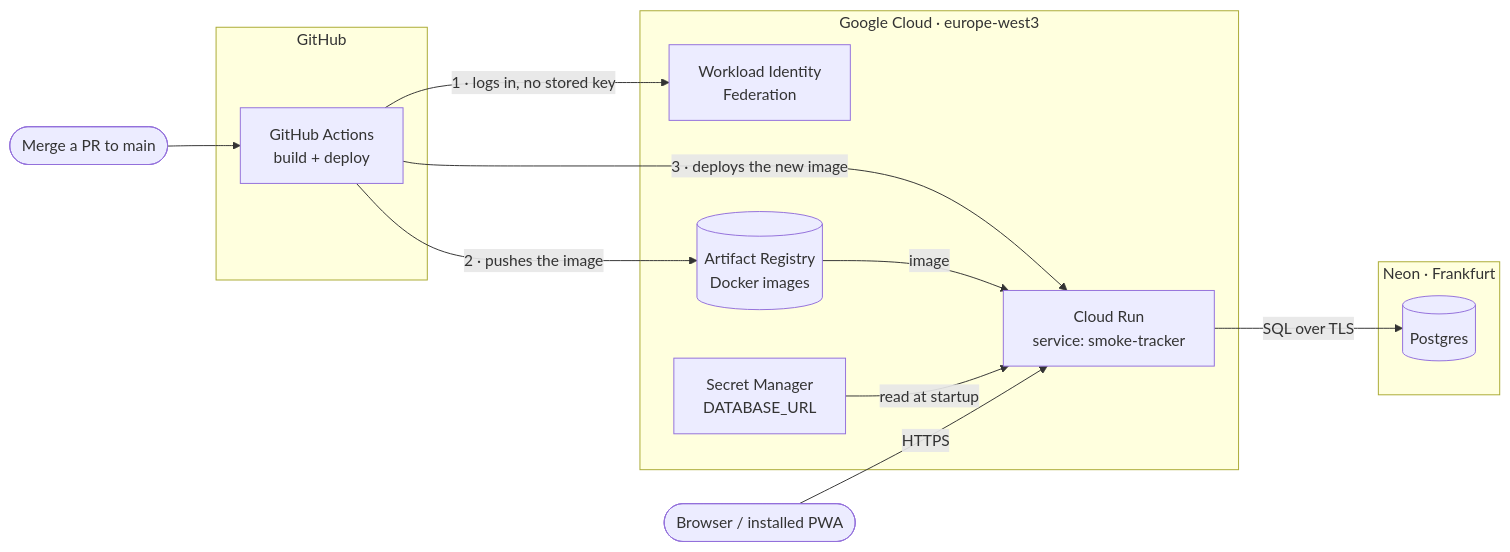
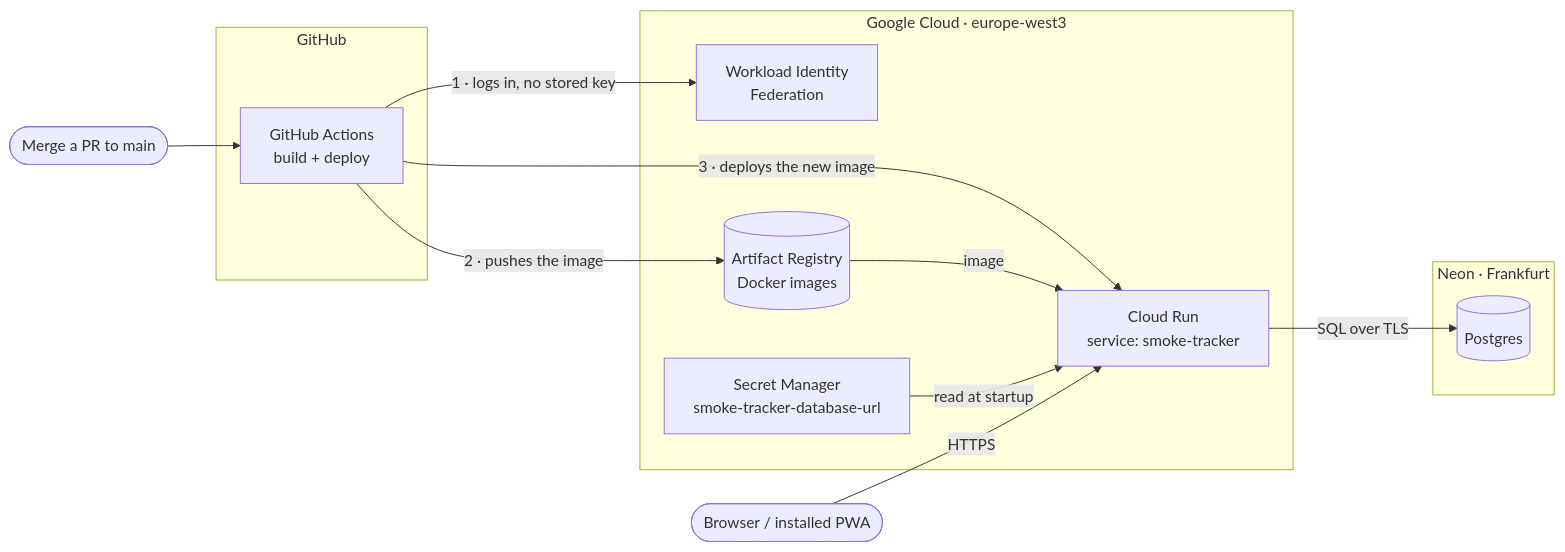
The diagram in README.md (locadani/smoke-tracker), drawn with Mermaid before and after one commit. The commit also changed other lines of this file and 3 other files, not shown here.

````diff
--- a/README.md
+++ b/README.md
@@ -36,27 +36,27 @@
 ```mermaid
 flowchart LR
     dev([Merge a PR to main]) --> gha
 
     subgraph gh ["GitHub"]
         gha[GitHub Actions<br/>build + deploy]
     end
 
     subgraph gcp ["Google Cloud · europe-west3"]
         wif[Workload Identity<br/>Federation]
         ar[(Artifact Registry<br/>Docker images)]
         run[Cloud Run<br/>service: smoke-tracker]
-        sm[Secret Manager<br/>DATABASE_URL]
+        sm[Secret Manager<br/>smoke-tracker-database-url]
     end
 
     subgraph neon ["Neon · Frankfurt"]
         db[(Postgres)]
     end
 
     gha -- "1 · logs in, no stored key" --> wif
     gha -- "2 · pushes the image" --> ar
     gha -- "3 · deploys the new image" --> run
     ar -- image --> run
     sm -- "read at startup" --> run
     run -- SQL over TLS --> db
     users([Browser / installed PWA]) -- HTTPS --> run
 ```
````
